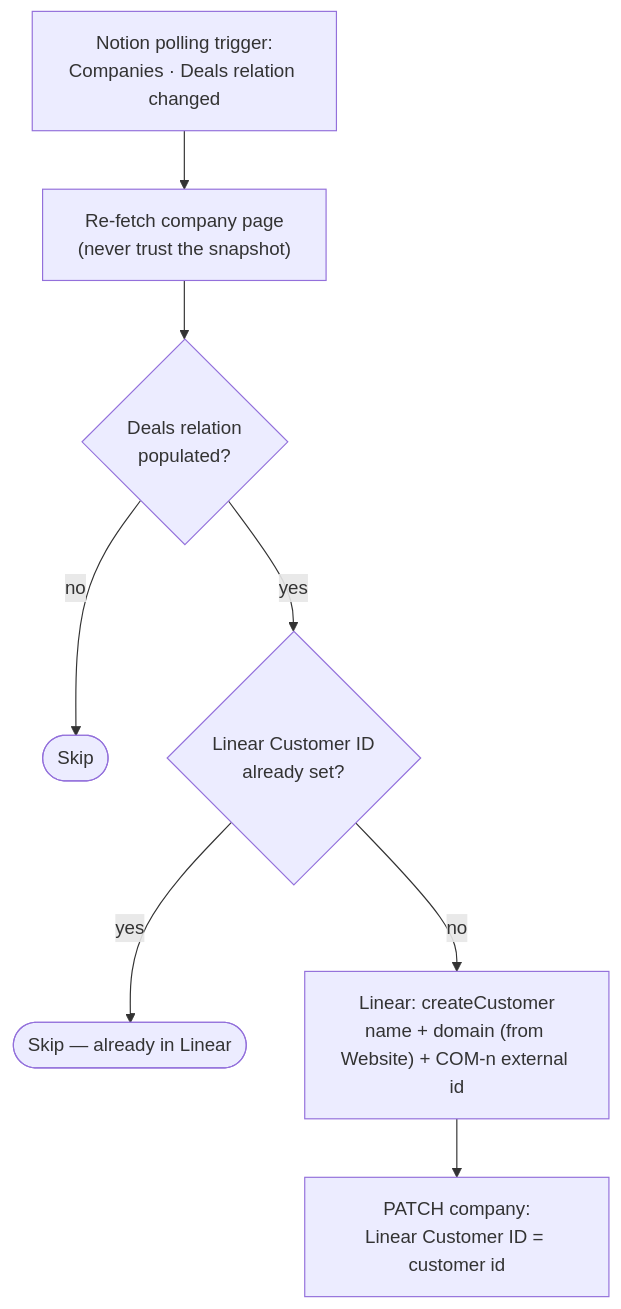
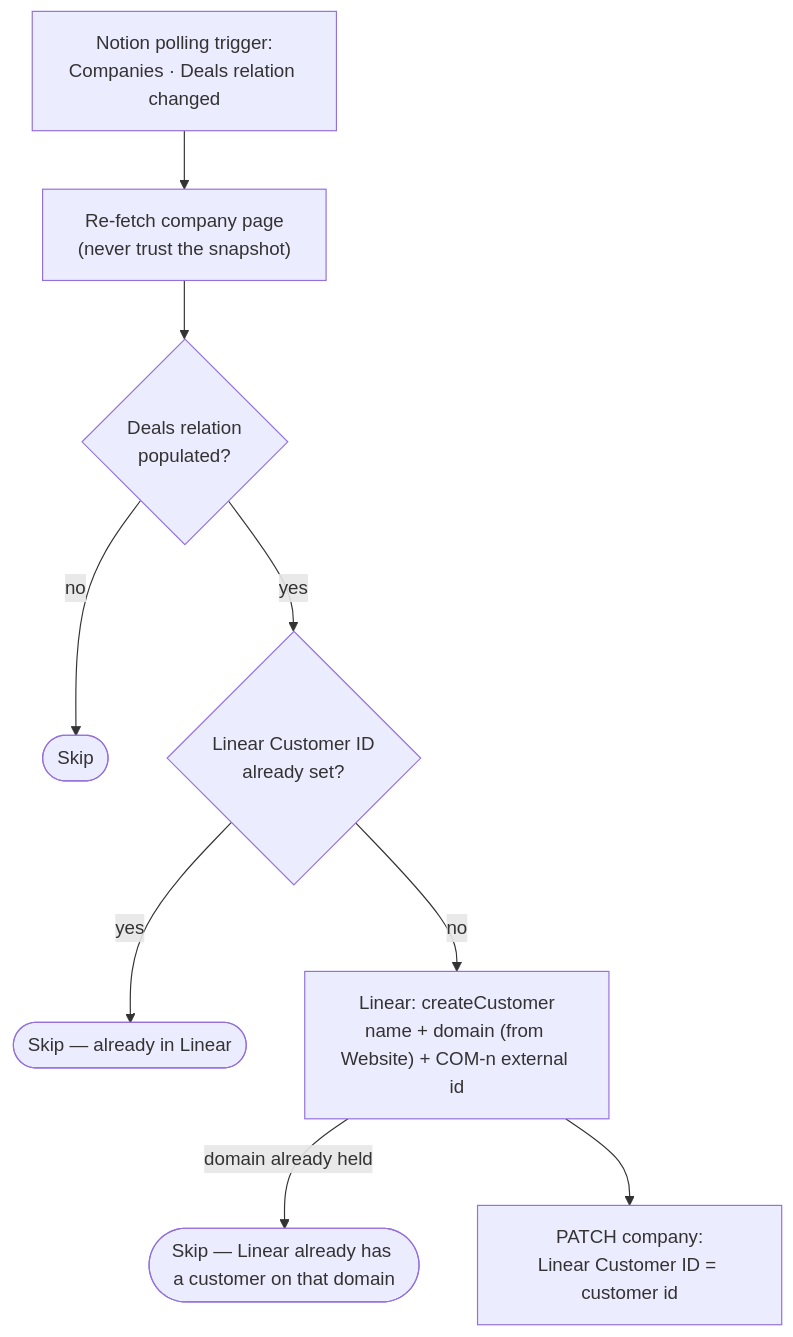
The diagram in notion-company-to-linear-customer/README.md (work-flowers/zapier-sdk), drawn with Mermaid before and after one commit. The commit also changed other lines of this file and 2 other files, not shown here.

````diff
--- a/notion-company-to-linear-customer/README.md
+++ b/notion-company-to-linear-customer/README.md
@@ -19,10 +19,11 @@
 ```mermaid
 flowchart TD
     A["Notion polling trigger:<br/>Companies · Deals relation changed"] --> B["Re-fetch company page<br/>(never trust the snapshot)"]
     B --> C{"Deals relation<br/>populated?"}
     C -- no --> S1(["Skip"])
     C -- yes --> D{"Linear Customer ID<br/>already set?"}
     D -- yes --> S2(["Skip — already in Linear"])
     D -- no --> E["Linear: createCustomer<br/>name + domain (from Website) + COM-n external id"]
+    E -- "domain already held" --> S3(["Skip — Linear already has a customer on that domain"])
     E --> F["PATCH company:<br/>Linear Customer ID = customer id"]
 ```
````
